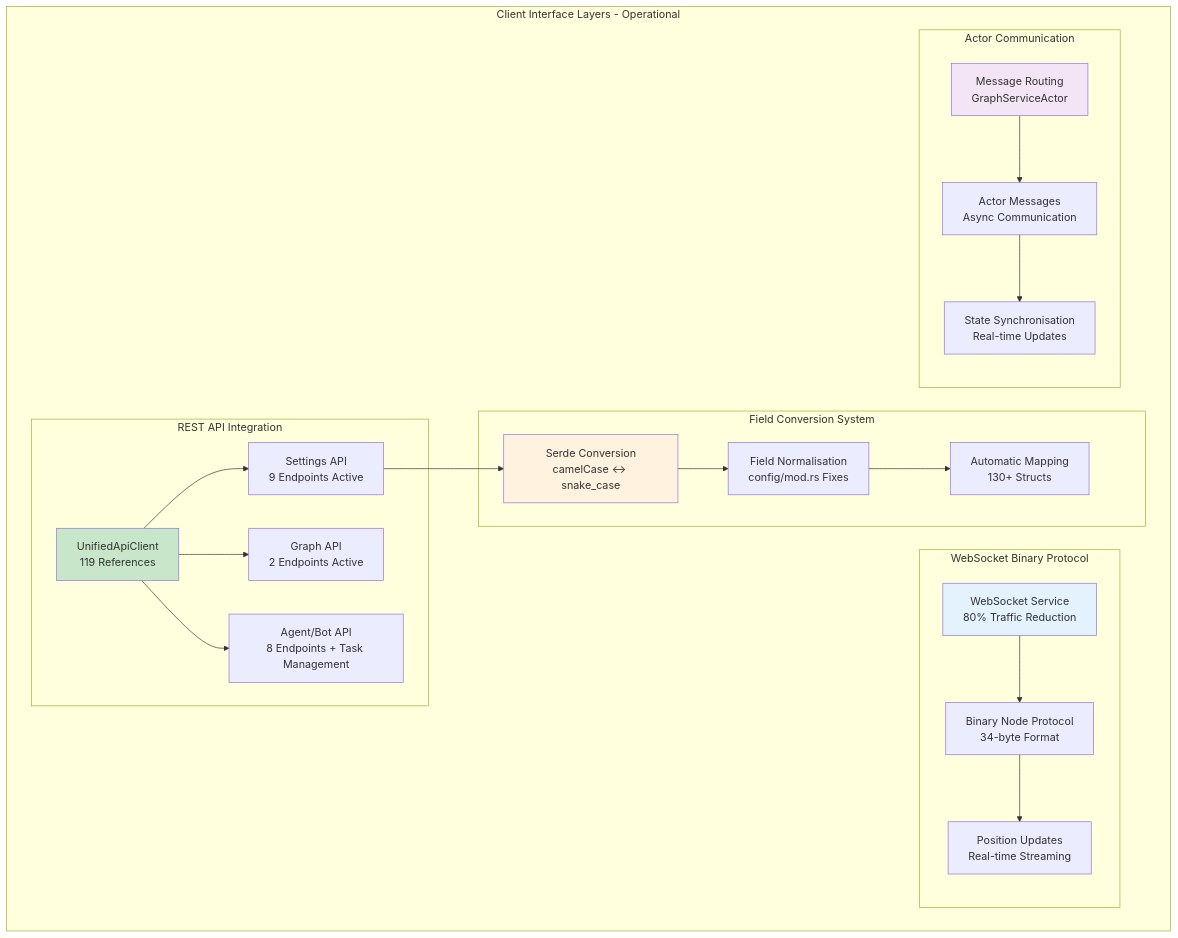
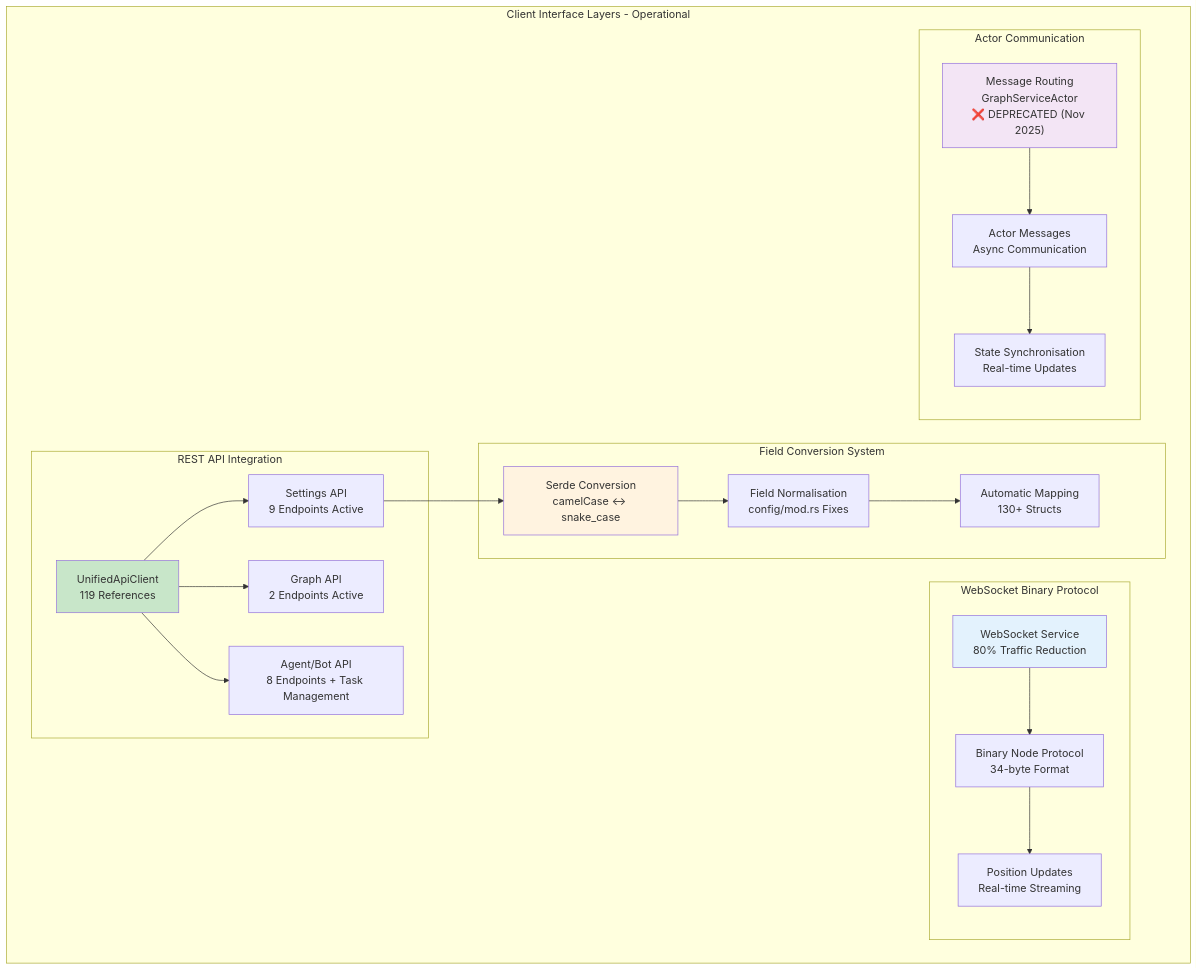
Before and after one commit to DreamLab-AI/VisionFlow: diagram 14 of 14 in docs/concepts/architecture/core/client.md, drawn with Mermaid. The commit also changed other lines of this file and 65 other files, not shown here.

First line of the commit message:
Fix Priority 2: Architecture path corrections (27 broken links)

````diff
--- a/docs/concepts/architecture/core/client.md
+++ b/docs/concepts/architecture/core/client.md
@@ -1014,48 +1017,48 @@
 ```mermaid
 graph TB
     subgraph "Client Interface Layers - Operational"
         subgraph "REST API Integration"
             UnifiedClient["UnifiedApiClient<br/>119 References"]
             SettingsAPI["Settings API<br/>9 Endpoints Active"]
             GraphAPI["Graph API<br/>2 Endpoints Active"]
             AgentAPI["Agent/Bot API<br/>8 Endpoints + Task Management"]
         end
 
         subgraph "WebSocket Binary Protocol"
             WSService["WebSocket Service<br/>80% Traffic Reduction"]
             BinaryProtocol["Binary Node Protocol<br/>34-byte Format"]
             PositionUpdates["Position Updates<br/>Real-time Streaming"]
         end
 
         subgraph "Field Conversion System"
             SerdeConversion["Serde Conversion<br/>camelCase ↔ snake_case"]
             FieldNormalisation["Field Normalisation<br/>config/mod.rs Fixes"]
             AutoMapping["Automatic Mapping<br/>130+ Structs"]
         end
 
         subgraph "Actor Communication"
-            MessageRouting["Message Routing<br/>GraphServiceActor"]
+            MessageRouting["Message Routing<br/>GraphServiceActor<br/>❌ DEPRECATED (Nov 2025)"]
             ActorMessages["Actor Messages<br/>Async Communication"]
             StateSync["State Synchronisation<br/>Real-time Updates"]
         end
     end
 
     UnifiedClient --> SettingsAPI
     UnifiedClient --> GraphAPI
     UnifiedClient --> AgentAPI
 
     WSService --> BinaryProtocol
     BinaryProtocol --> PositionUpdates
 
     SettingsAPI --> SerdeConversion
     SerdeConversion --> FieldNormalisation
     FieldNormalisation --> AutoMapping
 
     MessageRouting --> ActorMessages
     ActorMessages --> StateSync
 
     style UnifiedClient fill:#c8e6c9
     style WSService fill:#e3f2fd
     style SerdeConversion fill:#fff3e0
     style MessageRouting fill:#f3e5f5
 ```
````
